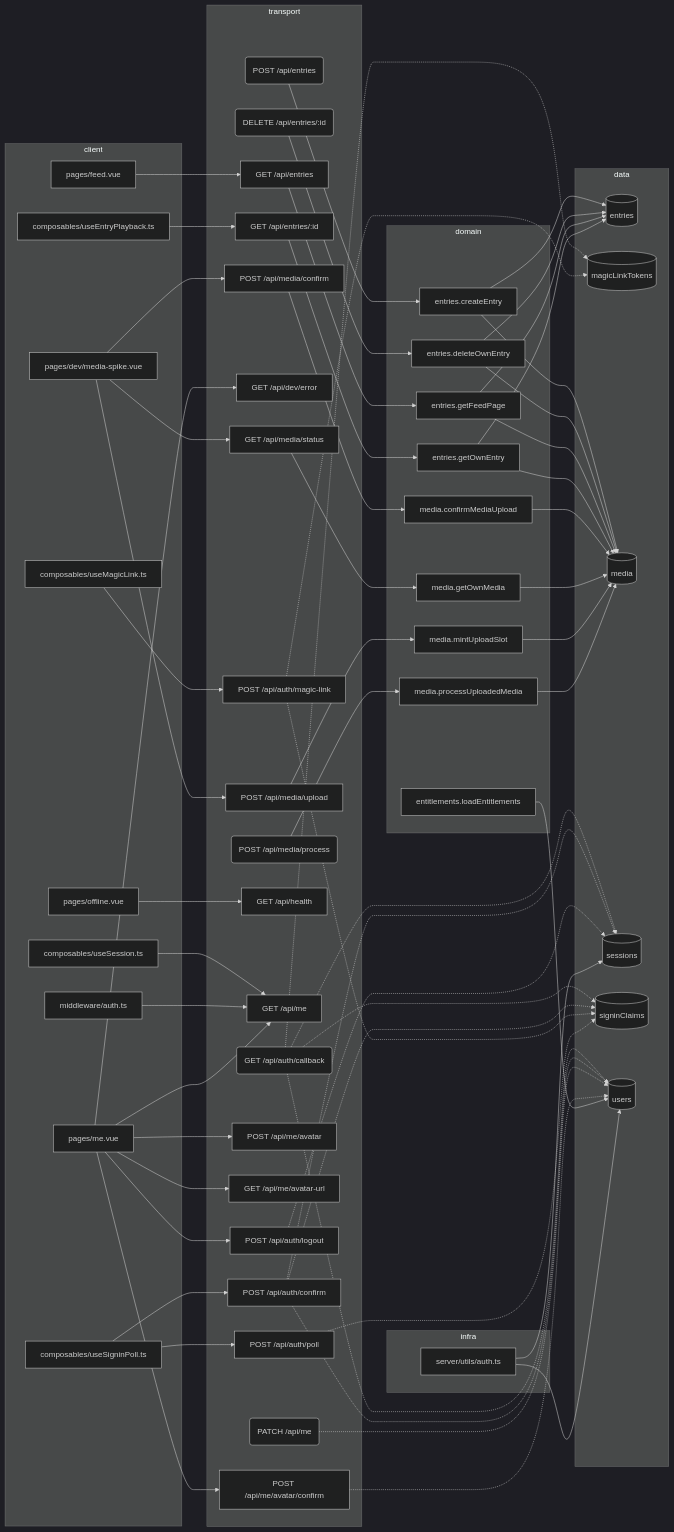
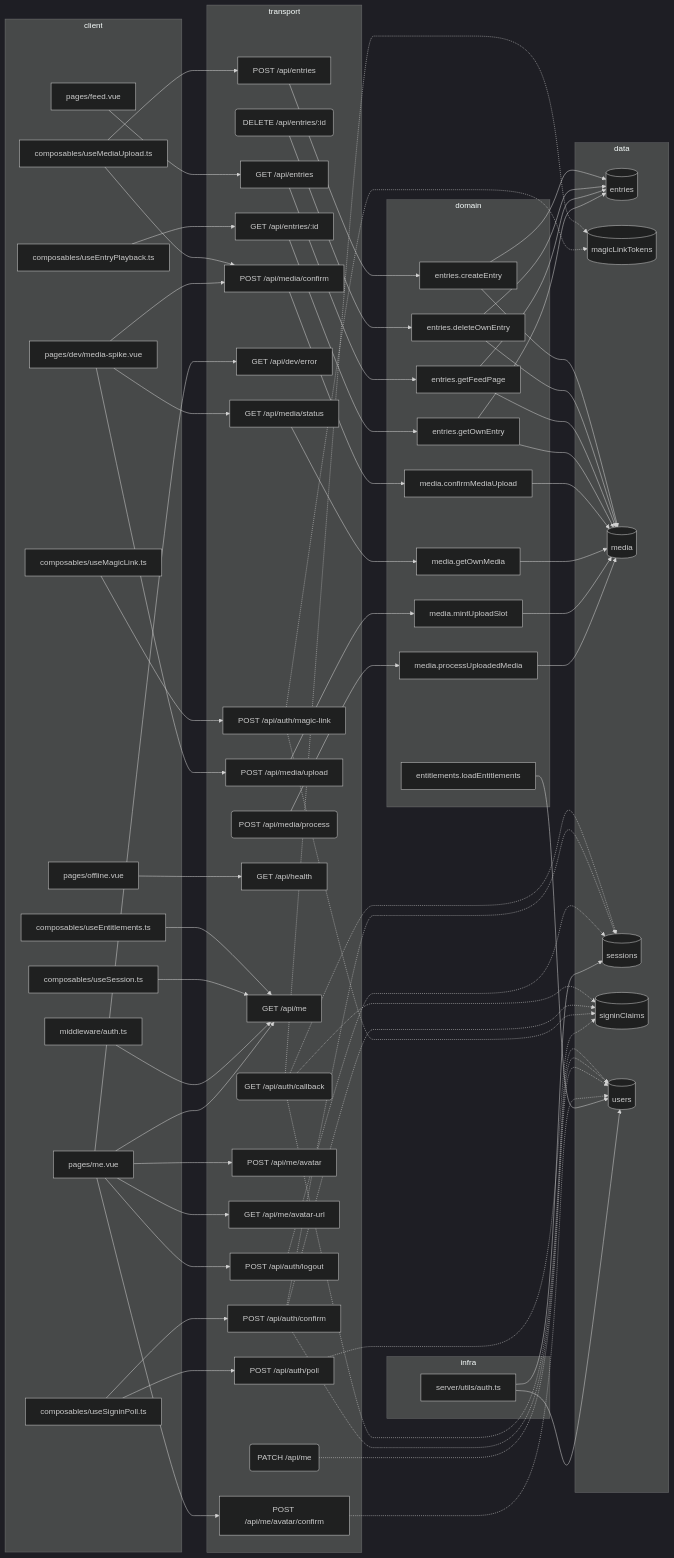
Before and after one commit to mykhaliuk/vocabularies: the diagram in docs/capability-graph.md, drawn with Mermaid (dark theme). The commit also changed other lines of this file and 13 other files, not shown here.

````diff
--- a/docs/capability-graph.md
+++ b/docs/capability-graph.md
@@ -129,8 +132,10 @@
 ```mermaid
 flowchart LR
   subgraph client
+    c_composables_useEntitlements_ts["composables/useEntitlements.ts"]
     c_composables_useEntryPlayback_ts["composables/useEntryPlayback.ts"]
     c_composables_useMagicLink_ts["composables/useMagicLink.ts"]
+    c_composables_useMediaUpload_ts["composables/useMediaUpload.ts"]
     c_composables_useSession_ts["composables/useSession.ts"]
     c_composables_useSigninPoll_ts["composables/useSigninPoll.ts"]
     c_middleware_auth_ts["middleware/auth.ts"]
@@ -147,7 +152,7 @@
     r_POST__api_auth_poll["POST /api/auth/poll"]
     r_GET__api_dev_error["GET /api/dev/error"]
     r_GET__api_entries["GET /api/entries"]
-    r_POST__api_entries("POST /api/entries")
+    r_POST__api_entries["POST /api/entries"]
     r_DELETE__api_entries__id("DELETE /api/entries/:id")
     r_GET__api_entries__id["GET /api/entries/:id"]
     r_GET__api_health["GET /api/health"]
@@ -201,11 +206,13 @@
   c_pages_me_vue --> r_GET__api_dev_error
   c_pages_feed_vue --> r_GET__api_entries
   r_GET__api_entries --> o_entries_getFeedPage
+  c_composables_useMediaUpload_ts --> r_POST__api_entries
   r_POST__api_entries --> o_entries_createEntry
   r_DELETE__api_entries__id --> o_entries_deleteOwnEntry
   c_composables_useEntryPlayback_ts --> r_GET__api_entries__id
   r_GET__api_entries__id --> o_entries_getOwnEntry
   c_pages_offline_vue --> r_GET__api_health
+  c_composables_useEntitlements_ts --> r_GET__api_me
   c_composables_useSession_ts --> r_GET__api_me
   c_middleware_auth_ts --> r_GET__api_me
   c_pages_me_vue --> r_GET__api_me
@@ -214,6 +221,7 @@
   c_pages_me_vue --> r_GET__api_me_avatar_url
   c_pages_me_vue --> r_POST__api_me_avatar_confirm
   r_POST__api_me_avatar_confirm -.-> e_users
+  c_composables_useMediaUpload_ts --> r_POST__api_media_confirm
   c_pages_dev_media_spike_vue --> r_POST__api_media_confirm
   r_POST__api_media_confirm --> o_media_confirmMediaUpload
   r_POST__api_media_process --> o_media_processUploadedMedia
````
